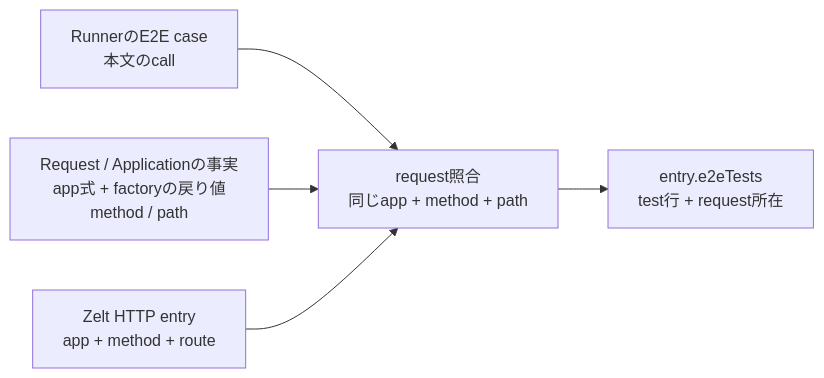
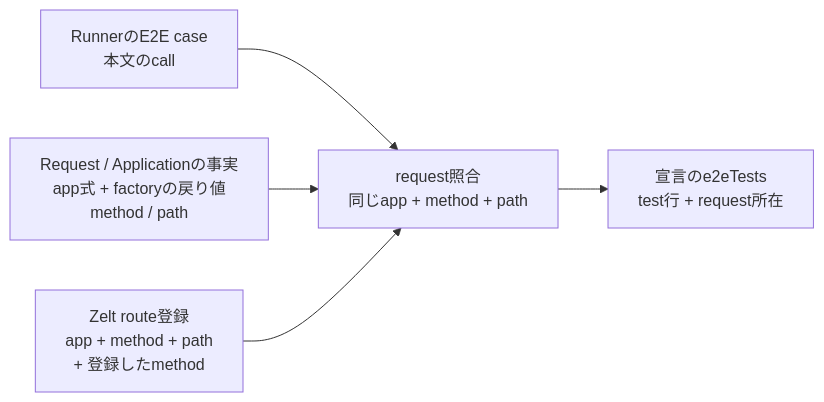
Before and after one commit to zeltjs/zelt: the tenth of 13 diagrams in mocks/studio-spatial/generic-extraction-design.md, drawn with Mermaid. The commit also changed other lines of this file, not shown here.

```diff
--- a/mocks/studio-spatial/generic-extraction-design.md
+++ b/mocks/studio-spatial/generic-extraction-design.md
@@ -547,7 +830,7 @@
 ~~~mermaid
 flowchart LR
   C["RunnerのE2E case<br/>本文のcall"] --> M["request照合<br/>同じapp + method + path"]
   Q["Request / Applicationの事実<br/>app式 + factoryの戻り値<br/>method / path"] --> M
-  H["Zelt HTTP entry<br/>app + method + route"] --> M
-  M --> E["entry.e2eTests<br/>test行 + request所在"]
+  H["Zelt route登録<br/>app + method + path<br/>+ 登録したmethod"] --> M
+  M --> E["宣言のe2eTests<br/>test行 + request所在"]
 ~~~
```
